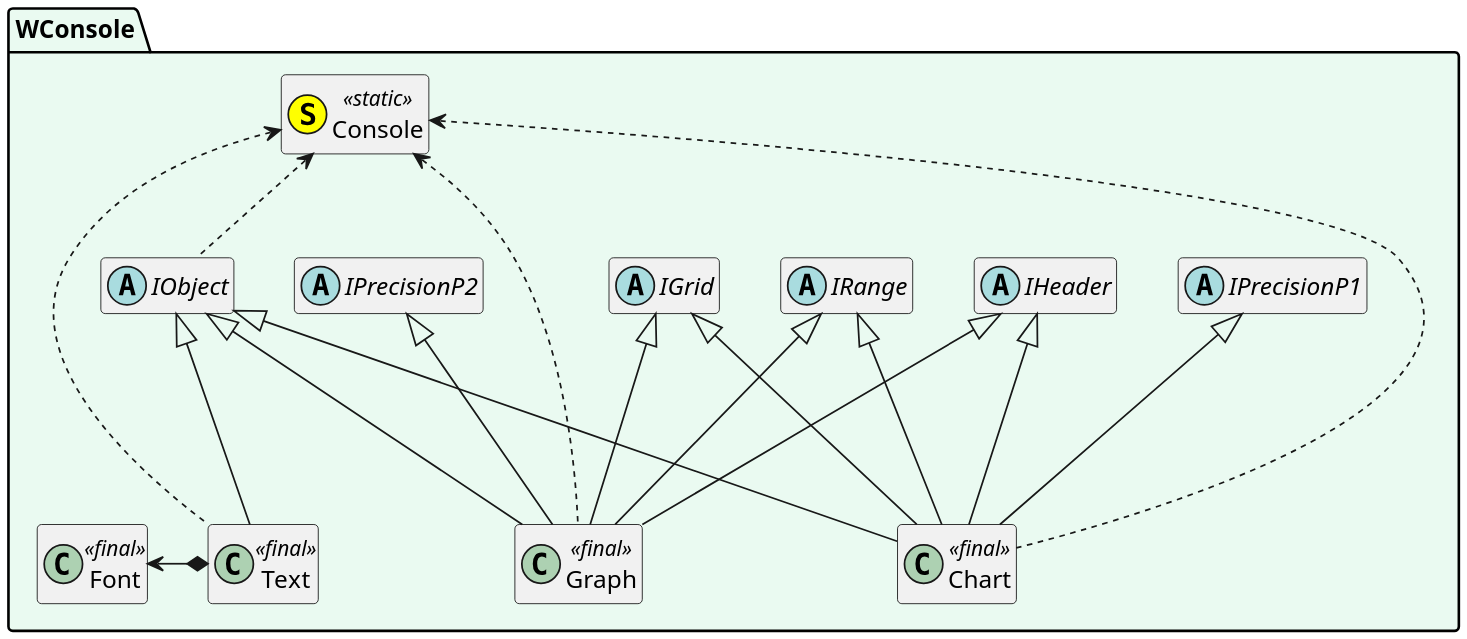
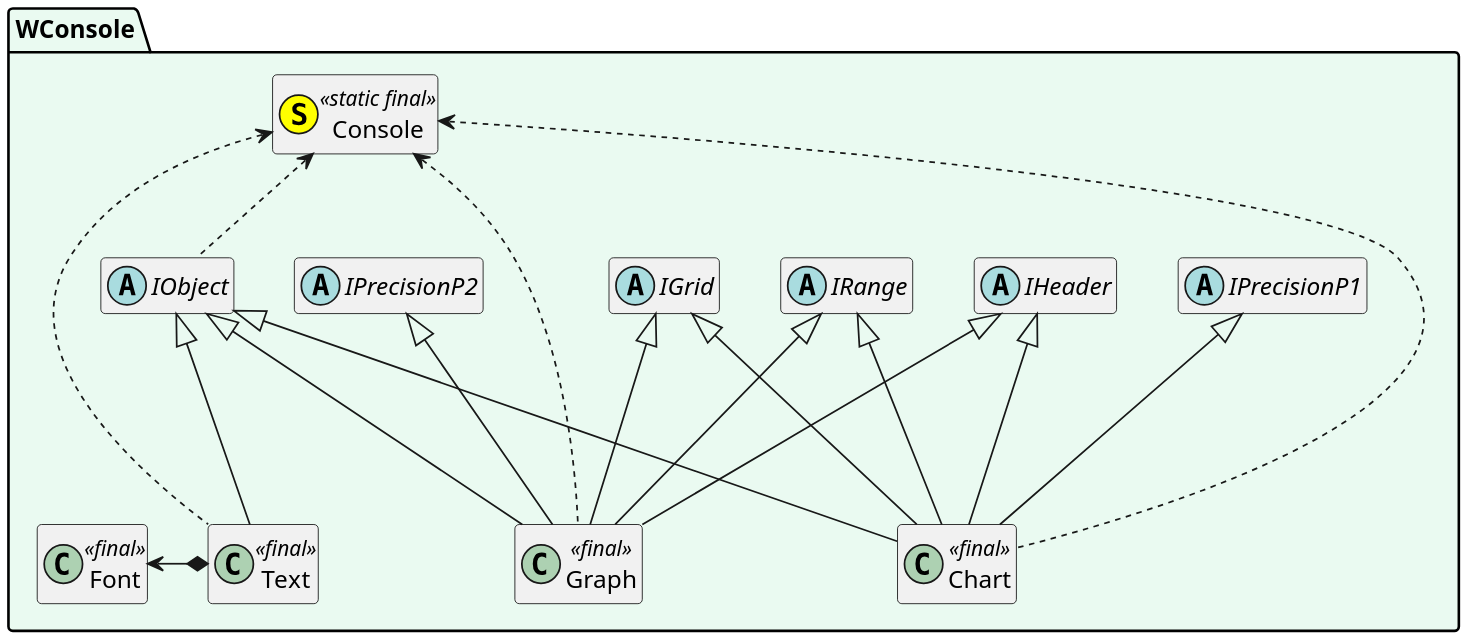
The diagram in doc/UMLClass.md (SergioStopkin/WideConsole), drawn with PlantUML before and after one commit.

Commit message:
UMLClass.md: Mark class Console as final

````diff
--- a/doc/UMLClass.md
+++ b/doc/UMLClass.md
@@ -1,48 +1,48 @@
 ```plantuml
 @startuml
 
 scale 1920 width
 
 hide empty members
 
 namespace WConsole #EAFAF1 {
 
 abstract class IGrid
 abstract class IHeader
 abstract class IObject
 abstract class IPrecisionP1
 abstract class IPrecisionP2
 abstract class IRange
-class Console <<(S,#FFFF00)static>>
+class Console <<(S,#FFFF00)static final>>
 class Chart <<final>>
 class Graph <<final>>
 class Text <<final>>
 class Font <<final>>
 
 Console <.. IObject
 Console <... Chart
 Console <... Graph
 Console <... Text
 
 IObject <|--- Chart
 IObject <|--- Graph
 IObject <|--- Text
 
 IHeader <|--- Chart
 IHeader <|--- Graph
 
 IRange <|--- Chart
 IRange <|--- Graph
 
 IGrid <|--- Chart
 IGrid <|--- Graph
 
 IPrecisionP1 <|--- Chart
 IPrecisionP2 <|--- Graph
 
 Font <-* Text
 
 }
 
 @enduml
 ```
````
